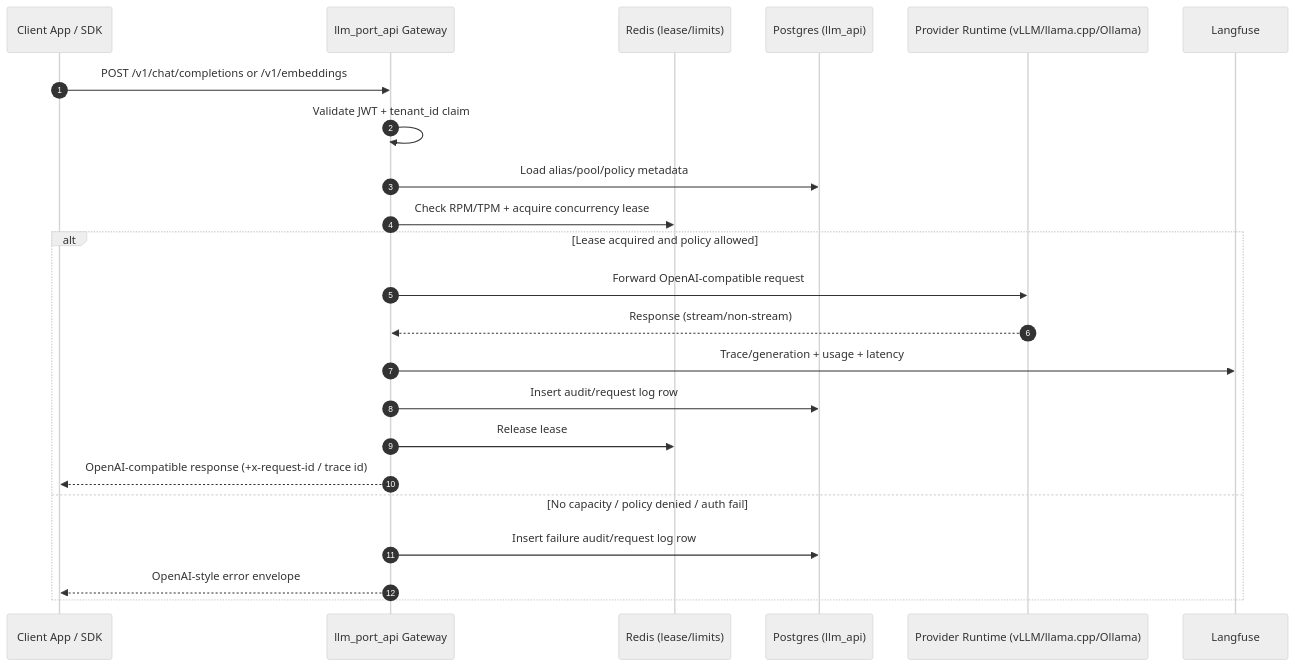
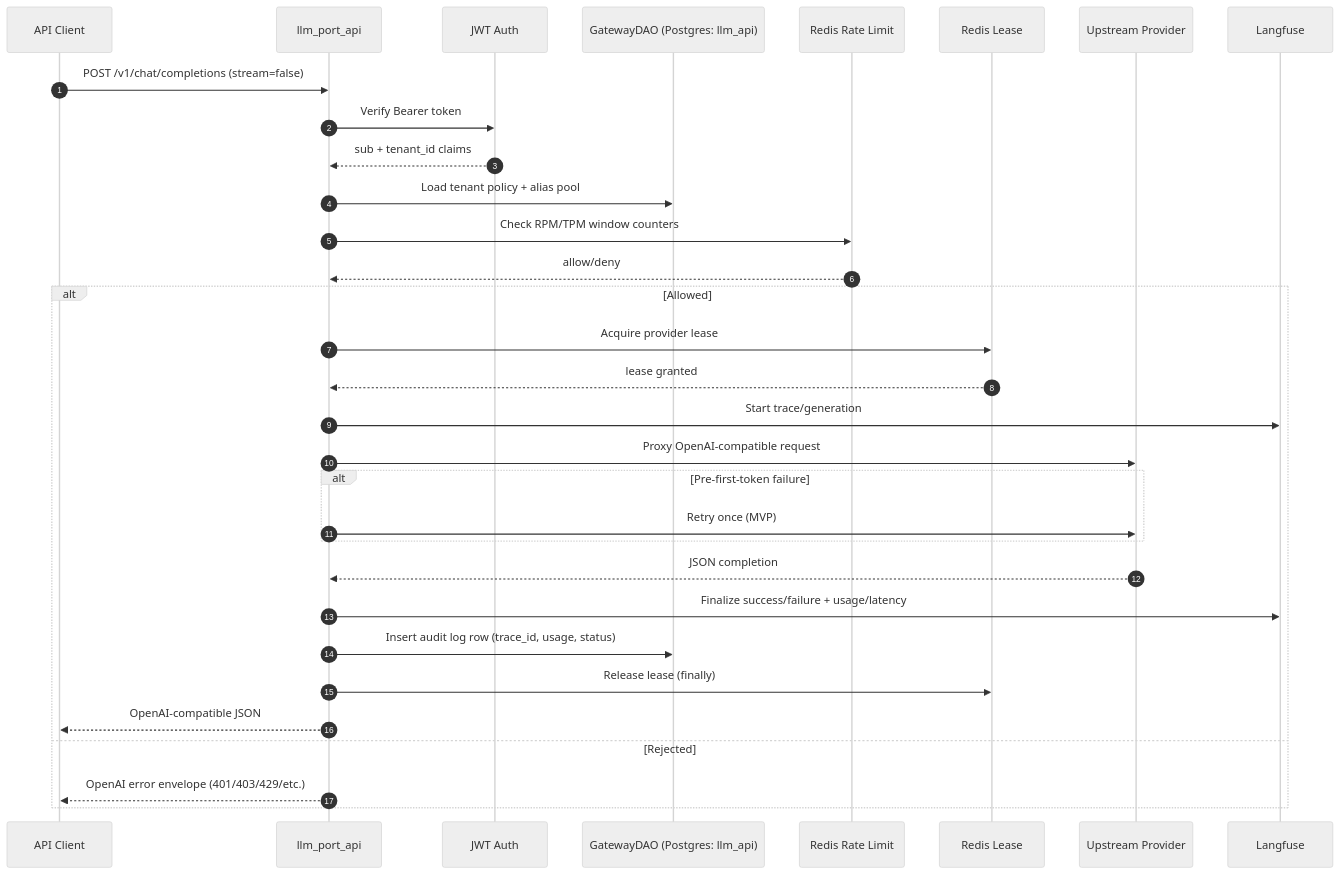
One commit to llm-port/.github changed the second of 10 diagrams in profile/call-sequence.md. Above: the diagram before and after it, drawn with Mermaid (neutral theme). The commit also changed other lines of this file and 1 other file, not shown here.

Commit message:
update call sequence and readme

````diff
--- a/profile/call-sequence.md
+++ b/profile/call-sequence.md
@@ -7,26 +57,35 @@
 ```mermaid
 sequenceDiagram
     autonumber
-    participant App as Client App / SDK
-    participant GW as llm_port_api Gateway
-    participant Redis as Redis (lease/limits)
-    participant PG as Postgres (llm_api)
-    participant LLM as Provider Runtime (vLLM/llama.cpp/Ollama)
-    participant LF as Langfuse
+    participant C as API Client
+    participant GW as llm_port_api
+    participant AUTH as JWT Auth
+    participant DAO as GatewayDAO (Postgres: llm_api)
+    participant RL as Redis Rate Limit
+    participant LEASE as Redis Lease
+    participant UP as Upstream Provider
+    participant OBS as Langfuse
 
-    App->>GW: POST /v1/chat/completions or /v1/embeddings
-    GW->>GW: Validate JWT + tenant_id claim
-    GW->>PG: Load alias/pool/policy metadata
-    GW->>Redis: Check RPM/TPM + acquire concurrency lease
-    alt Lease acquired and policy allowed
-        GW->>LLM: Forward OpenAI-compatible request
-        LLM-->>GW: Response (stream/non-stream)
-        GW->>LF: Trace/generation + usage + latency
-        GW->>PG: Insert audit/request log row
-        GW->>Redis: Release lease
-        GW-->>App: OpenAI-compatible response (+x-request-id / trace id)
-    else No capacity / policy denied / auth fail
-        GW->>PG: Insert failure audit/request log row
-        GW-->>App: OpenAI-style error envelope
+    C->>GW: POST /v1/chat/completions (stream=false)
+    GW->>AUTH: Verify Bearer token
+    AUTH-->>GW: sub + tenant_id claims
+    GW->>DAO: Load tenant policy + alias pool
+    GW->>RL: Check RPM/TPM window counters
+    RL-->>GW: allow/deny
+    alt Allowed
+      GW->>LEASE: Acquire provider lease
+      LEASE-->>GW: lease granted
+      GW->>OBS: Start trace/generation
+      GW->>UP: Proxy OpenAI-compatible request
+      alt Pre-first-token failure
+        GW->>UP: Retry once (MVP)
+      end
+      UP-->>GW: JSON completion
+      GW->>OBS: Finalize success/failure + usage/latency
+      GW->>DAO: Insert audit log row (trace_id, usage, status)
+      GW->>LEASE: Release lease (finally)
+      GW-->>C: OpenAI-compatible JSON
+    else Rejected
+      GW-->>C: OpenAI error envelope (401/403/429/etc.)
     end
 ```
````
